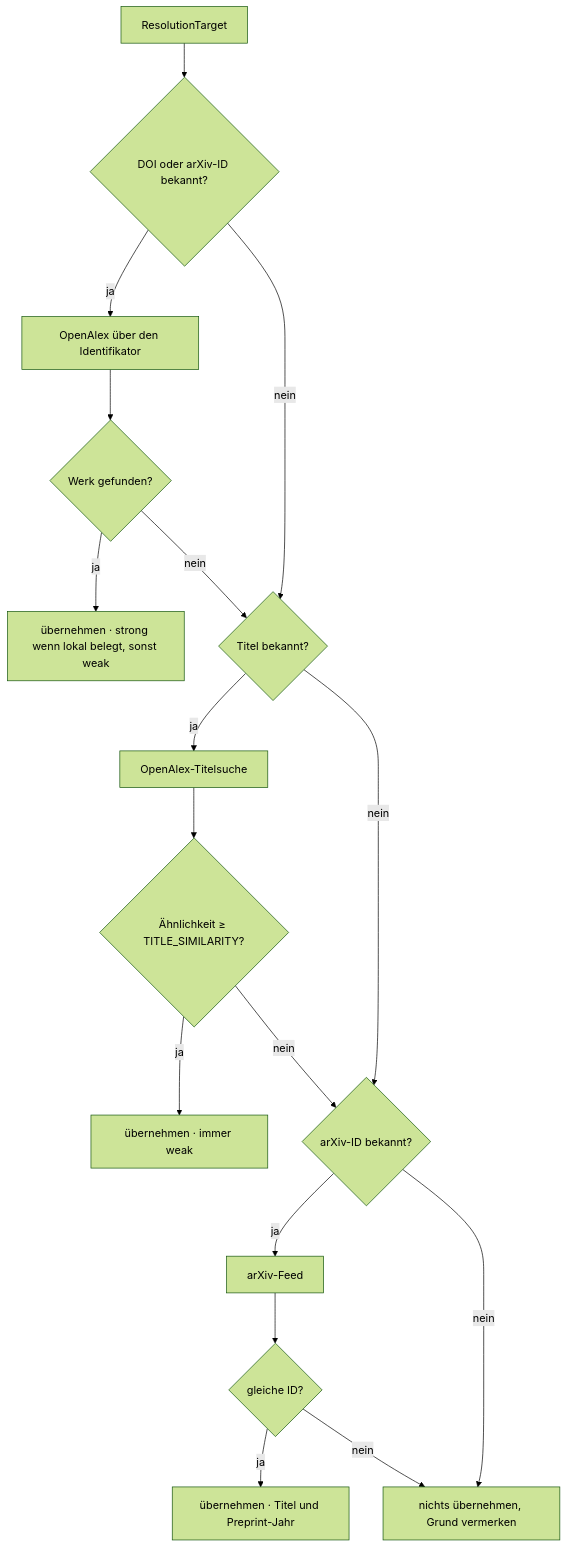
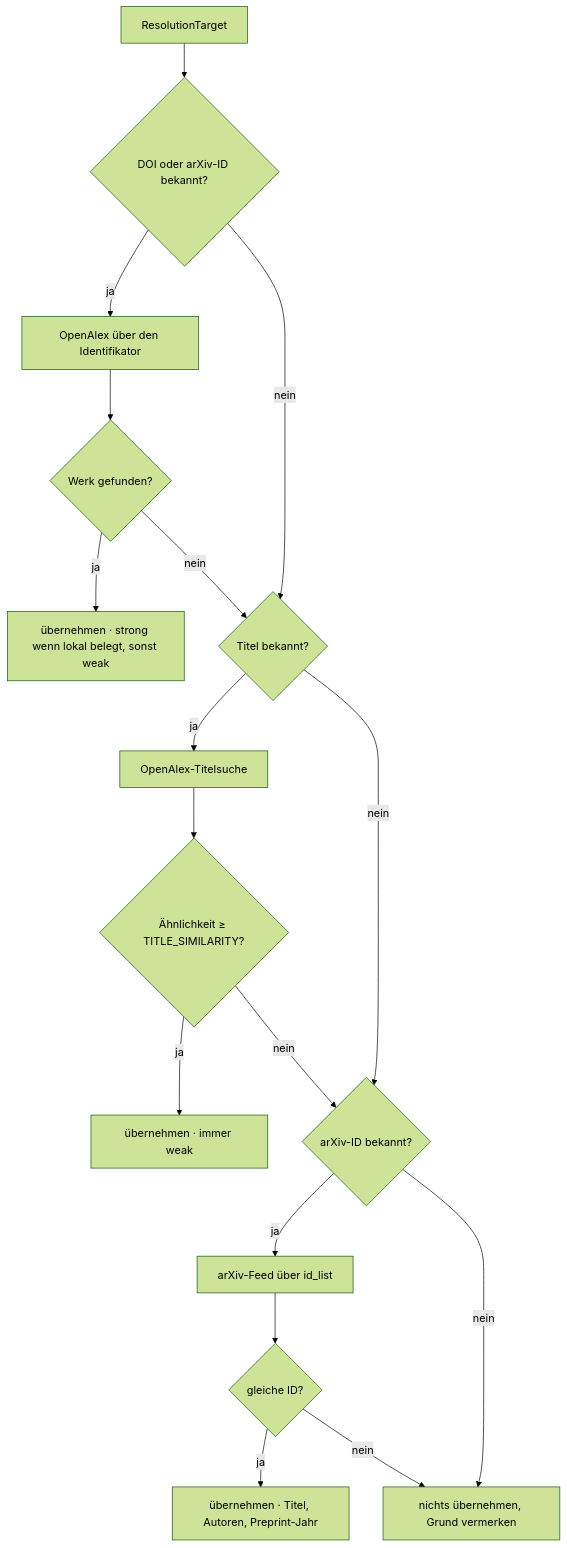
One commit to MomoEngineer/research-graphrag changed the first of 2 diagrams in src/research_graphrag/online/doc/metadata.md. Above: the diagram before and after it, drawn with Mermaid (forest theme). The commit also changed other lines of this file and 98 other files, not shown here.

````diff
--- a/src/research_graphrag/online/doc/metadata.md
+++ b/src/research_graphrag/online/doc/metadata.md
@@ -35,19 +36,19 @@
 ```mermaid
 flowchart TD
     A["ResolutionTarget"] --> B{"DOI oder arXiv-ID bekannt?"}
     B -- ja --> C["OpenAlex über den Identifikator"]
     C --> D{"Werk gefunden?"}
     D -- ja --> E["übernehmen · strong wenn lokal belegt, sonst weak"]
     D -- nein --> F
     B -- nein --> F{"Titel bekannt?"}
     F -- ja --> G["OpenAlex-Titelsuche"]
     G --> H{"Ähnlichkeit ≥ TITLE_SIMILARITY?"}
     H -- ja --> I["übernehmen · immer weak"]
     H -- nein --> J
     F -- nein --> J{"arXiv-ID bekannt?"}
-    J -- ja --> K["arXiv-Feed"]
+    J -- ja --> K["arXiv-Feed über id_list"]
     K --> L{"gleiche ID?"}
-    L -- ja --> M["übernehmen · Titel und Preprint-Jahr"]
+    L -- ja --> M["übernehmen · Titel, Autoren, Preprint-Jahr"]
     L -- nein --> N["nichts übernehmen, Grund vermerken"]
     J -- nein --> N
 ```
````
